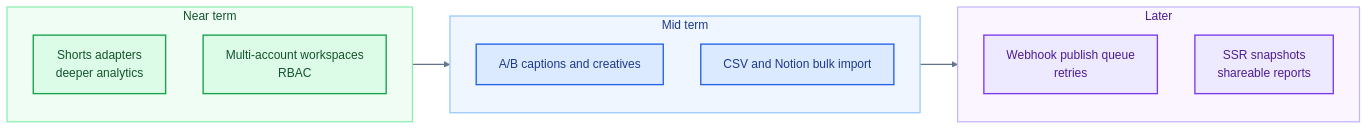
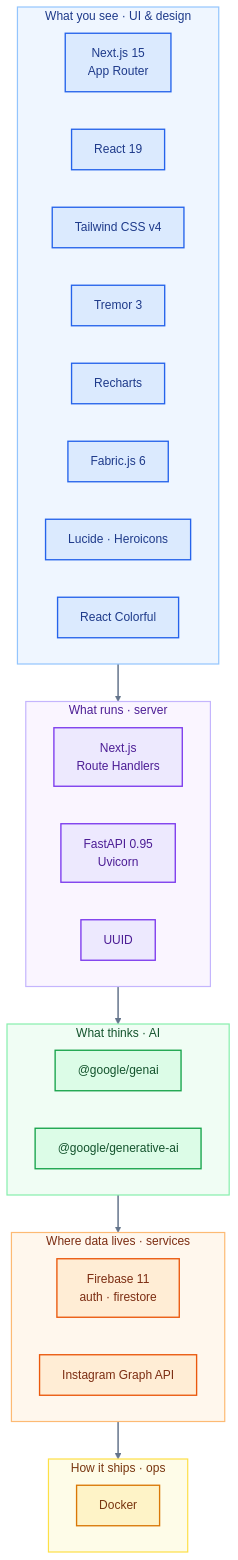
One commit to Aniruddh-fullstac/knowmedfia changed the eighth of 8 diagrams in README.md. Above: the diagram before and after it, drawn with Mermaid. The commit also changed other lines of this file, not shown here.

Commit message:
docs: use custom pipeline diagram in README

````diff
--- a/README.md
+++ b/README.md
@@ -561,31 +700,61 @@
 ```mermaid
-%%{init: { "theme": "neutral" }}%%
-flowchart LR
-  subgraph near["Near term"]
-    n1["Shorts adapters<br/>deeper analytics"]
-    n2["Multi-account workspaces<br/>RBAC"]
+%%{init: {
+  "theme": "base",
+  "themeVariables": { "fontFamily": "ui-sans-serif, system-ui, sans-serif" }
+}}%%
+flowchart TB
+  subgraph L_UI["What you see · UI &amp; design"]
+    direction LR
+    UI1["Next.js 15<br/>App Router"]:::ui
+    UI2["React 19"]:::ui
+    UI3["Tailwind CSS v4"]:::ui
+    UI4["Tremor 3"]:::ui
+    UI5["Recharts"]:::ui
+    UI6["Fabric.js 6"]:::ui
+    UI7["Lucide · Heroicons"]:::ui
+    UI8["React Colorful"]:::ui
   end
-  subgraph mid["Mid term"]
-    m1["A/B captions and creatives"]
-    m2["CSV and Notion bulk import"]
+
+  subgraph L_API["What runs · server"]
+    direction LR
+    API1["Next.js<br/>Route Handlers"]:::api
+    API2["FastAPI 0.95<br/>Uvicorn"]:::api
+    API3["UUID"]:::api
   end
-  subgraph later["Later"]
-    l1["Webhook publish queue<br/>retries"]
-    l2["SSR snapshots<br/>shareable reports"]
+
+  subgraph L_AI["What thinks · AI"]
+    direction LR
+    AI1["@google/genai"]:::ai
+    AI2["@google/generative-ai"]:::ai
   end
-  near --> mid --> later
 
-  classDef nearC  fill:#dcfce7,stroke:#16a34a,stroke-width:1.8px,color:#14532d
-  classDef midC   fill:#dbeafe,stroke:#2563eb,stroke-width:1.8px,color:#1e3a8a
-  classDef laterC fill:#ede9fe,stroke:#7c3aed,stroke-width:1.8px,color:#4c1d95
+  subgraph L_DATA["Where data lives · services"]
+    direction LR
+    D1["Firebase 11<br/>auth · firestore"]:::data
+    D2["Instagram Graph API"]:::data
+  end
 
-  class n1,n2 nearC
-  class m1,m2 midC
-  class l1,l2 laterC
+  subgraph L_OPS["How it ships · ops"]
+    direction LR
+    O1["Docker"]:::ops
+  end
 
-  style near  fill:#f0fdf4,stroke:#86efac,stroke-width:1.6px,color:#14532d
-  style mid   fill:#eff6ff,stroke:#93c5fd,stroke-width:1.6px,color:#1e3a8a
-  style later fill:#faf5ff,stroke:#c4b5fd,stroke-width:1.6px,color:#4c1d95
+  L_UI ==> L_API
+  L_API ==> L_AI
+  L_AI ==> L_DATA
+  L_DATA ==> L_OPS
 
-  linkStyle default stroke:#64748b,stroke-width:1.8px
+  classDef ui   fill:#dbeafe,stroke:#2563eb,stroke-width:1.8px,color:#1e3a8a
+  classDef api  fill:#ede9fe,stroke:#7c3aed,stroke-width:1.8px,color:#4c1d95
+  classDef ai   fill:#dcfce7,stroke:#16a34a,stroke-width:1.8px,color:#14532d
+  classDef data fill:#ffedd5,stroke:#ea580c,stroke-width:1.8px,color:#7c2d12
+  classDef ops  fill:#fef3c7,stroke:#d97706,stroke-width:1.8px,color:#78350f
+
+  style L_UI   fill:#eff6ff,stroke:#93c5fd,stroke-width:1.6px,color:#1e3a8a
+  style L_API  fill:#faf5ff,stroke:#c4b5fd,stroke-width:1.6px,color:#4c1d95
+  style L_AI   fill:#f0fdf4,stroke:#86efac,stroke-width:1.6px,color:#14532d
+  style L_DATA fill:#fff7ed,stroke:#fdba74,stroke-width:1.6px,color:#7c2d12
+  style L_OPS  fill:#fefce8,stroke:#fde047,stroke-width:1.6px,color:#78350f
+
+  linkStyle default stroke:#64748b,stroke-width:2px
 ```
````
